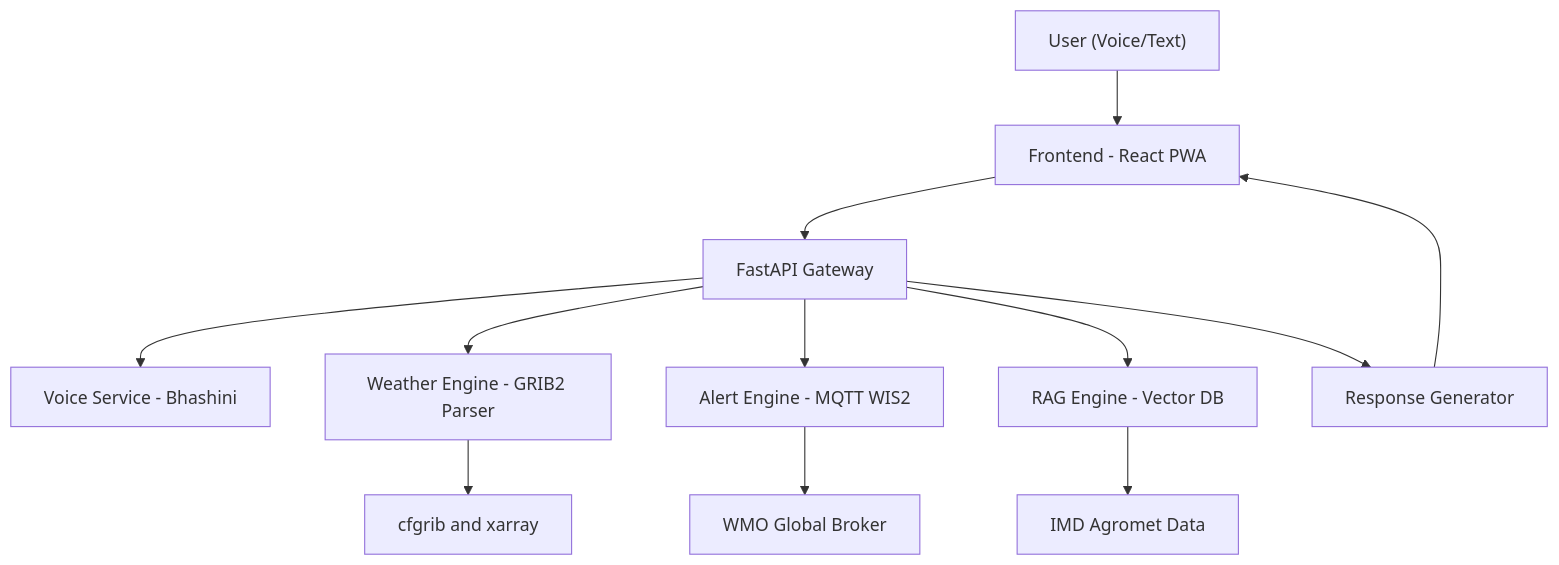
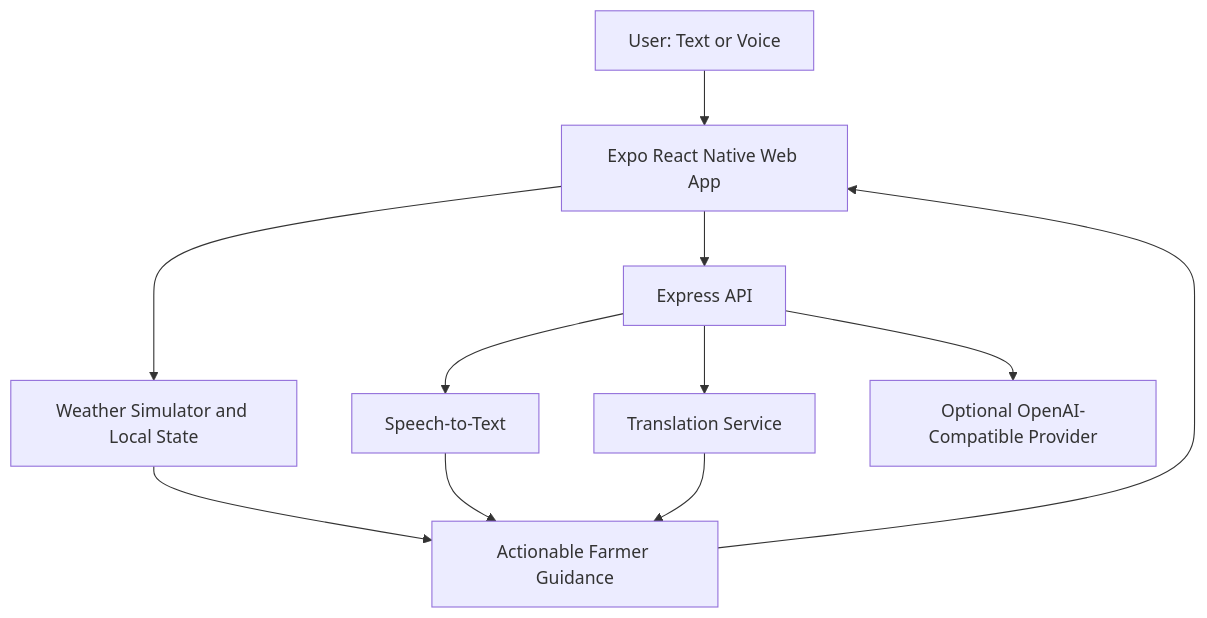
One commit to KritikaTech123/WeatherGpt changed the diagram in README.md. Above: the diagram before and after it, drawn with Mermaid. The commit also changed other lines of this file, not shown here.

````diff
--- a/README.md
+++ b/README.md
@@ -70,17 +81,13 @@
 ```mermaid
 flowchart TD
-    A["User (Voice/Text)"] --> B["Frontend - React PWA"]
-    B --> C["FastAPI Gateway"]
-
-    C --> D["Voice Service - Bhashini"]
-    C --> E["Weather Engine - GRIB2 Parser"]
-    C --> F["Alert Engine - MQTT WIS2"]
-    C --> G["RAG Engine - Vector DB"]
-
-    E --> H["cfgrib and xarray"]
-    F --> I["WMO Global Broker"]
-    G --> J["IMD Agromet Data"]
-
-    C --> K["Response Generator"]
-    K --> B
+    A["User: Text or Voice"] --> B["Expo React Native Web App"]
+    B --> C["Weather Simulator and Local State"]
+    B --> D["Express API"]
+    D --> E["Speech-to-Text"]
+    D --> F["Translation Service"]
+    D --> G["Optional OpenAI-Compatible Provider"]
+    C --> H["Actionable Farmer Guidance"]
+    E --> H
+    F --> H
+    H --> B
 ```
````
